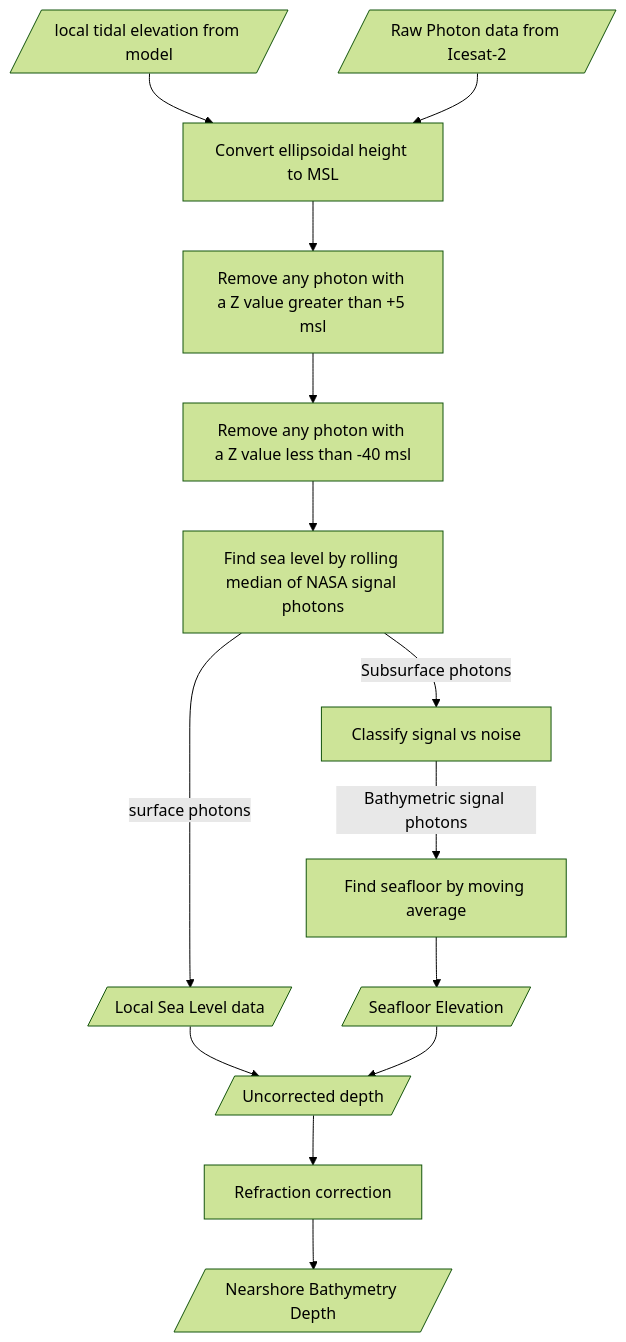
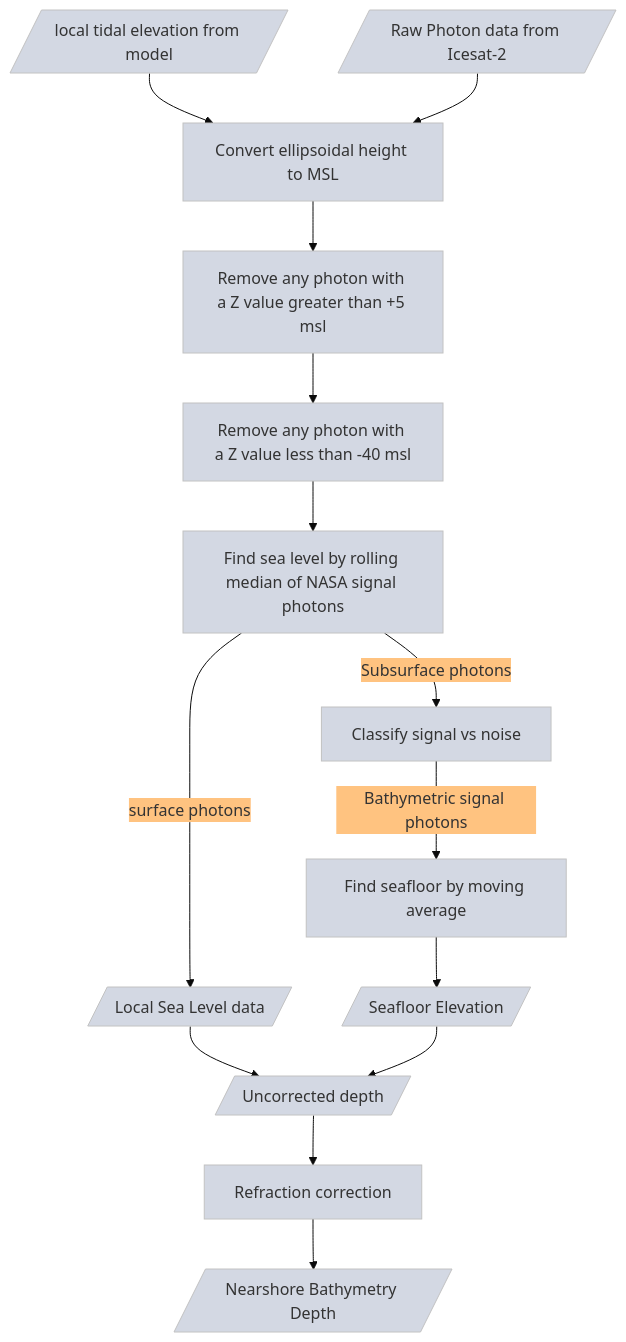
One commit to mlinds/thesis changed the diagram in document/figures/approach.mmd. Above: the diagram before and after it, drawn with Mermaid. The commit also changed 3 other files, not shown here.

```diff
--- a/document/figures/approach.mmd
+++ b/document/figures/approach.mmd
@@ -1,23 +1,24 @@
-%%{init: {'theme':'forest'}}%%
+%%{init: {'theme': 'base', 'themeVariables': { 'primaryColor': '#d3d8e3','secondaryColor':'#ffc380'}}}%%
+
 flowchart TD
     %% 
     ph[/Raw Photon data from Icesat-2/] 
     strip_high[Remove any photon with a Z value greater than +5 msl]
     strip_lo[Remove any photon with a Z value less than -40 msl]
     msl[Find sea level by rolling median of NASA signal photons]
     SNsplit[Classify signal vs noise]
     msldata[/Local Sea Level data/]
     tidemodel[/local tidal elevation from model/]
     tides[Convert ellipsoidal height to MSL]
     mov_avg_seafloor[Find seafloor by moving average]
     seafloorheight[/Seafloor Elevation/]
     uncorr[/Uncorrected depth/]
     refr[Refraction correction]
     msl-->|surface photons| msldata --> uncorr
 
     SNsplit -->|Bathymetric signal photons| mov_avg_seafloor-->seafloorheight --> uncorr
     %%SNsplit --> |Noise photons| disc[Discard]
     tidemodel-->tides
     ph-->tides-->strip_high-->strip_lo-->msl 
     msl-->|Subsurface photons|SNsplit
     uncorr --> refr --> bathydata[/Nearshore Bathymetry Depth/]
```
